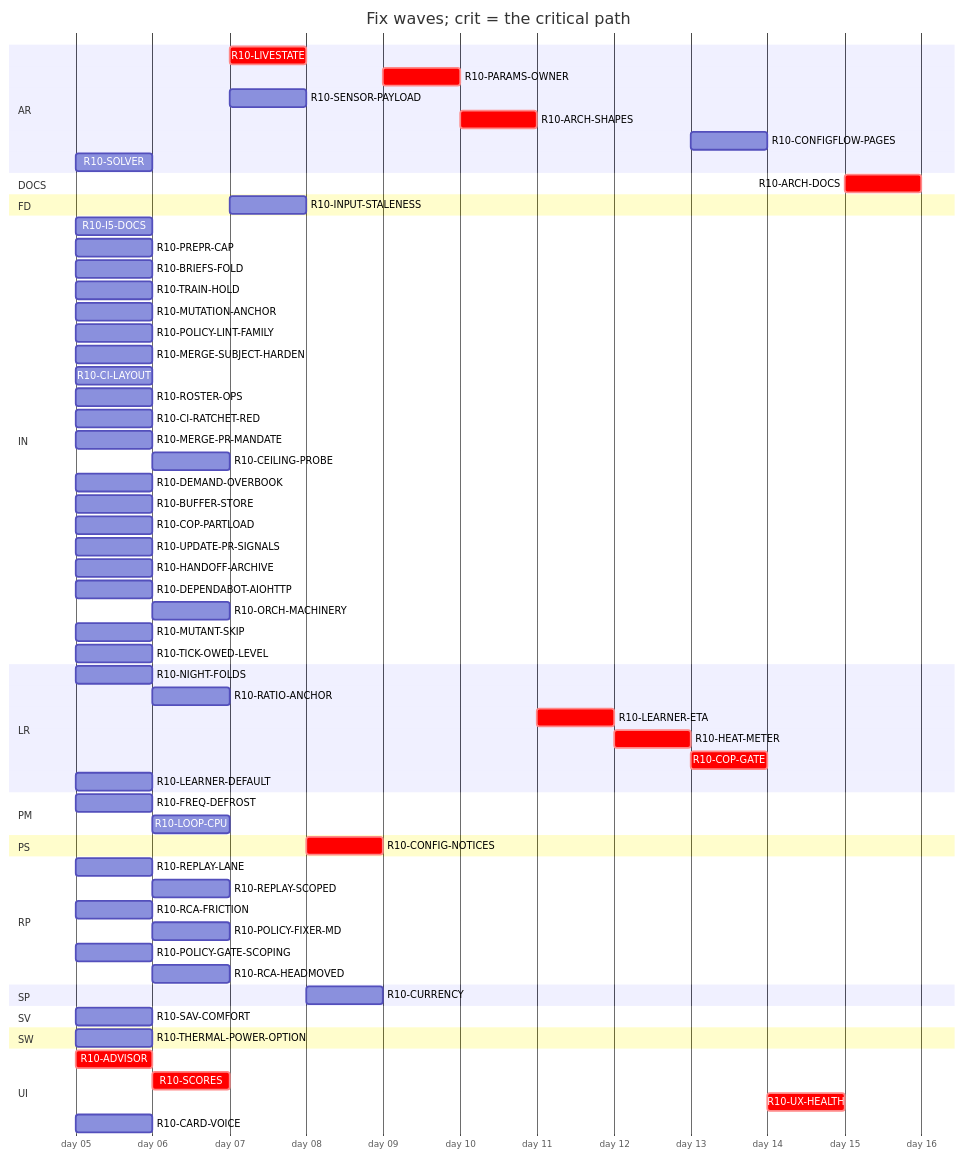
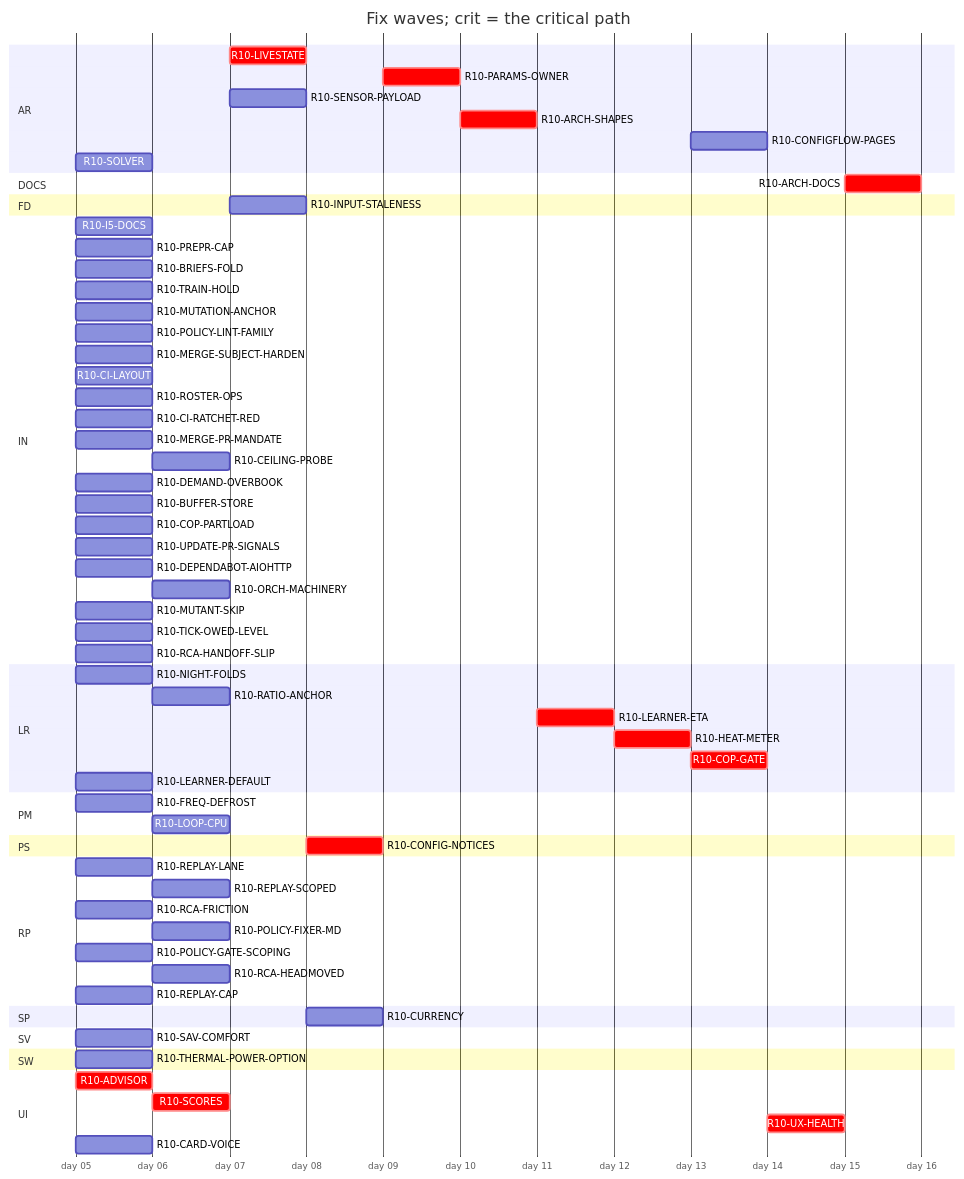
One commit to tvofi/heatpump_optimizer changed the diagram in handoff/round10/state/PLAN-TABLE.md. Above: the diagram before and after it, drawn with Mermaid. The commit also changed other lines of this file and 2 other files, not shown here.

````diff
--- a/handoff/round10/state/PLAN-TABLE.md
+++ b/handoff/round10/state/PLAN-TABLE.md
@@ -25,69 +25,70 @@
 ```mermaid
 gantt
   title Fix waves; crit = the critical path
   dateFormat YYYY-MM-DD
   axisFormat day %d
   section AR
     R10-LIVESTATE :crit, r10LIVESTATE, after r10SCORES, 1d
     R10-PARAMS-OWNER :crit, r10PARAMSOWNER, after r10CONFIGNOTICES, 1d
     R10-SENSOR-PAYLOAD :r10SENSORPAYLOAD, after r10SCORES, 1d
     R10-ARCH-SHAPES :crit, r10ARCHSHAPES, after r10PARAMSOWNER r10SENSORPAYLOAD r10FREQDEFROST, 1d
     R10-CONFIGFLOW-PAGES :r10CONFIGFLOWPAGES, after r10HEATMETER, 1d
     R10-SOLVER :r10SOLVER, 2026-01-05, 1d
   section DOCS
     R10-ARCH-DOCS :crit, r10ARCHDOCS, after r10NIGHTFOLDS r10RATIOANCHOR r10INPUTSTALENESS r10CURRENCY r10FREQDEFROST r10LOOPCPU r10ADVISOR r10SCORES r10LIVESTATE r10CONFIGNOTICES r10PARAMSOWNER r10SENSORPAYLOAD r10ARCHSHAPES r10LEARNERETA r10HEATMETER r10COPGATE r10UXHEALTH r10CONFIGFLOWPAGES r10SOLVER r10I5DOCS r10BRIEFSFOLD r10REPLAYLANE r10REPLAYSCOPED r10TRAINHOLD, 1d
   section FD
     R10-INPUT-STALENESS :r10INPUTSTALENESS, after r10RATIOANCHOR, 1d
   section IN
     R10-I5-DOCS :r10I5DOCS, 2026-01-05, 1d
     R10-PREPR-CAP :r10PREPRCAP, 2026-01-05, 1d
     R10-BRIEFS-FOLD :r10BRIEFSFOLD, 2026-01-05, 1d
     R10-TRAIN-HOLD :r10TRAINHOLD, 2026-01-05, 1d
     R10-MUTATION-ANCHOR :r10MUTATIONANCHOR, 2026-01-05, 1d
     R10-POLICY-LINT-FAMILY :r10POLICYLINTFAMILY, 2026-01-05, 1d
     R10-MERGE-SUBJECT-HARDEN :r10MERGESUBJECTHARDEN, 2026-01-05, 1d
     R10-CI-LAYOUT :r10CILAYOUT, 2026-01-05, 1d
     R10-ROSTER-OPS :r10ROSTEROPS, 2026-01-05, 1d
     R10-CI-RATCHET-RED :r10CIRATCHETRED, 2026-01-05, 1d
     R10-MERGE-PR-MANDATE :r10MERGEPRMANDATE, 2026-01-05, 1d
     R10-CEILING-PROBE :r10CEILINGPROBE, after r10CILAYOUT r10NIGHTFOLDS, 1d
     R10-DEMAND-OVERBOOK :r10DEMANDOVERBOOK, 2026-01-05, 1d
     R10-BUFFER-STORE :r10BUFFERSTORE, 2026-01-05, 1d
     R10-COP-PARTLOAD :r10COPPARTLOAD, 2026-01-05, 1d
     R10-UPDATE-PR-SIGNALS :r10UPDATEPRSIGNALS, 2026-01-05, 1d
-    R10-HANDOFF-ARCHIVE :r10HANDOFFARCHIVE, 2026-01-05, 1d
     R10-DEPENDABOT-AIOHTTP :r10DEPENDABOTAIOHTTP, 2026-01-05, 1d
     R10-ORCH-MACHINERY :r10ORCHMACHINERY, after r10ROSTEROPS r10CILAYOUT, 1d
     R10-MUTANT-SKIP :r10MUTANTSKIP, 2026-01-05, 1d
     R10-TICK-OWED-LEVEL :r10TICKOWEDLEVEL, 2026-01-05, 1d
+    R10-RCA-HANDOFF-SLIP :r10RCAHANDOFFSLIP, 2026-01-05, 1d
   section LR
     R10-NIGHT-FOLDS :r10NIGHTFOLDS, 2026-01-05, 1d
     R10-RATIO-ANCHOR :r10RATIOANCHOR, after r10NIGHTFOLDS, 1d
     R10-LEARNER-ETA :crit, r10LEARNERETA, after r10ARCHSHAPES, 1d
     R10-HEAT-METER :crit, r10HEATMETER, after r10LEARNERETA r10INPUTSTALENESS r10RATIOANCHOR, 1d
     R10-COP-GATE :crit, r10COPGATE, after r10HEATMETER r10SENSORPAYLOAD, 1d
     R10-LEARNER-DEFAULT :r10LEARNERDEFAULT, 2026-01-05, 1d
   section PM
     R10-FREQ-DEFROST :r10FREQDEFROST, 2026-01-05, 1d
     R10-LOOP-CPU :r10LOOPCPU, after r10FREQDEFROST, 1d
   section PS
     R10-CONFIG-NOTICES :crit, r10CONFIGNOTICES, after r10LIVESTATE, 1d
   section RP
     R10-REPLAY-LANE :r10REPLAYLANE, 2026-01-05, 1d
     R10-REPLAY-SCOPED :r10REPLAYSCOPED, after r10REPLAYLANE r10TRAINHOLD, 1d
     R10-RCA-FRICTION :r10RCAFRICTION, 2026-01-05, 1d
     R10-POLICY-FIXER-MD :r10POLICYFIXERMD, after r10RCAFRICTION r10BRIEFSFOLD, 1d
     R10-POLICY-GATE-SCOPING :r10POLICYGATESCOPING, 2026-01-05, 1d
     R10-RCA-HEADMOVED :r10RCAHEADMOVED, after r10RCAFRICTION, 1d
+    R10-REPLAY-CAP :r10REPLAYCAP, 2026-01-05, 1d
   section SP
     R10-CURRENCY :r10CURRENCY, after r10INPUTSTALENESS, 1d
   section SV
     R10-SAV-COMFORT :r10SAVCOMFORT, 2026-01-05, 1d
   section SW
     R10-THERMAL-POWER-OPTION :r10THERMALPOWEROPTION, 2026-01-05, 1d
   section UI
     R10-ADVISOR :crit, r10ADVISOR, 2026-01-05, 1d
     R10-SCORES :crit, r10SCORES, after r10ADVISOR, 1d
     R10-UX-HEALTH :crit, r10UXHEALTH, after r10SCORES r10COPGATE r10HEATMETER, 1d
     R10-CARD-VOICE :r10CARDVOICE, 2026-01-05, 1d
 ```
````
